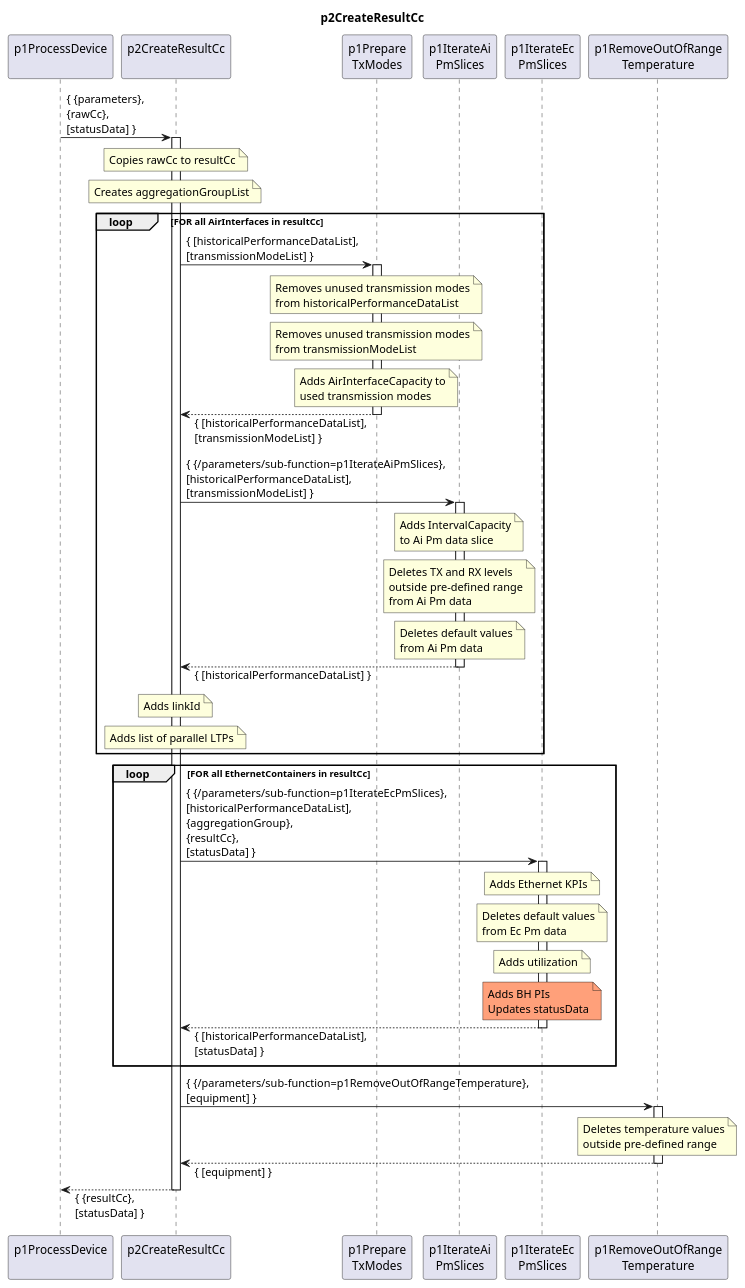
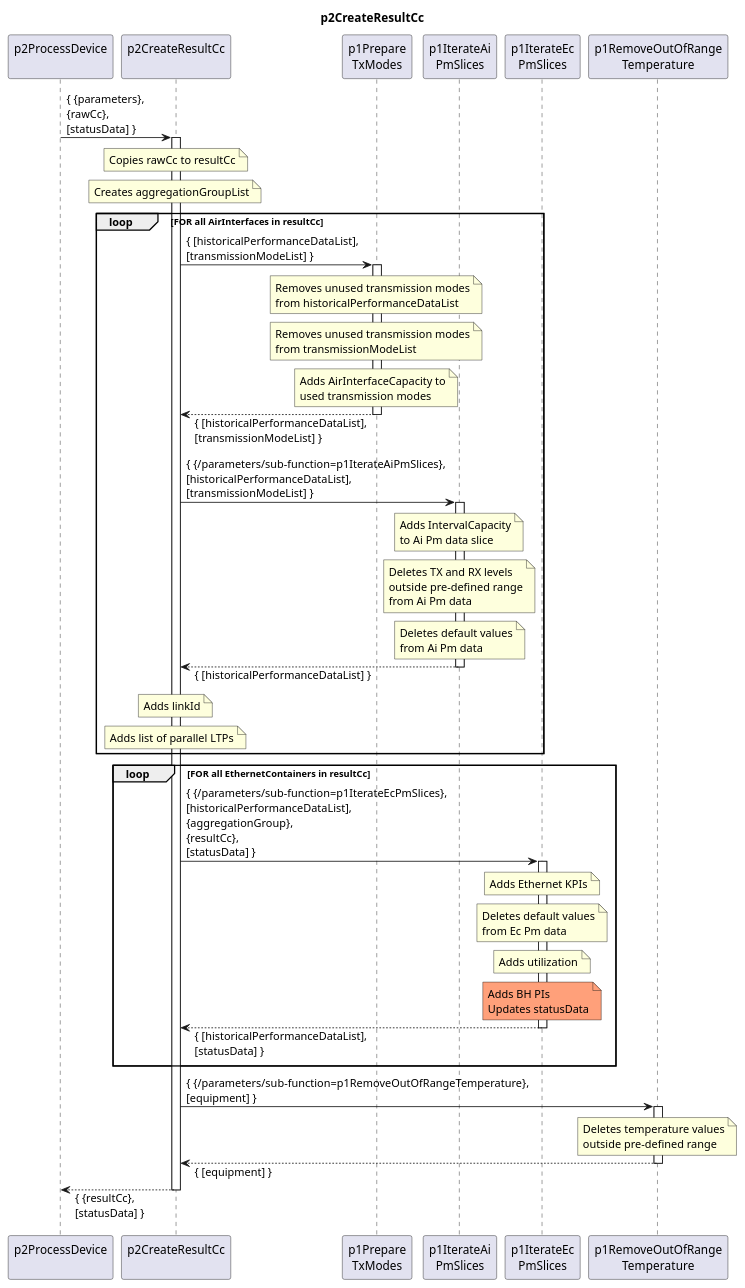
Before and after one commit to openBackhaul/DevicePerformanceManagementDataProcessor: the diagram in spec/Functions/p1StreamPmData/p2ProcessDevice/p2CreateResultCc/1.0.0/p2CreateResultCc.plantuml, drawn with PlantUML. The commit also changed 6 other files, not shown here.

```diff
--- a/spec/Functions/p1StreamPmData/p2ProcessDevice/p2CreateResultCc/1.0.0/p2CreateResultCc.plantuml
+++ b/spec/Functions/p1StreamPmData/p2ProcessDevice/p2CreateResultCc/1.0.0/p2CreateResultCc.plantuml
@@ -1,124 +1,124 @@
 @startuml p2CreateResultCc
 skinparam responseMessageBelowArrow true
 
 title
   p2CreateResultCc
 end title
 
-participant "p1ProcessDevice\n" as requestor
+participant "p2ProcessDevice\n" as requestor
 participant "p2CreateResultCc\n" as cur
 participant "p1Prepare\nTxModes" as p1prepTxModes
 participant "p1IterateAi\nPmSlices" as p1IterateAi
 participant "p1IterateEc\nPmSlices" as p1IterateEc
 participant "p1RemoveOutOfRange\nTemperature" as p1RemoveTemp
 
 requestor -> cur : { {parameters},\n{rawCc},\n[statusData] }
 activate cur
 
   note over cur
     Copies rawCc to resultCc
   end note
 
   note over cur
     Creates aggregationGroupList
   end note
 
   loop FOR all AirInterfaces in resultCc
 
     cur -> p1prepTxModes : { [historicalPerformanceDataList],\n[transmissionModeList] }
     activate p1prepTxModes
 
       note over p1prepTxModes
         Removes unused transmission modes
         from historicalPerformanceDataList
       end note
 
       note over p1prepTxModes
         Removes unused transmission modes
         from transmissionModeList
       end note
 
       note over p1prepTxModes
         Adds AirInterfaceCapacity to
         used transmission modes
       end note
 
     cur <-- p1prepTxModes : { [historicalPerformanceDataList],\n[transmissionModeList] }
     deactivate p1prepTxModes
 
     cur -> p1IterateAi : { {/parameters/sub-function=p1IterateAiPmSlices},\n[historicalPerformanceDataList],\n[transmissionModeList] }
     activate p1IterateAi
 
       note over p1IterateAi
         Adds IntervalCapacity
         to Ai Pm data slice
       end note
 
       note over p1IterateAi
         Deletes TX and RX levels
         outside pre-defined range
         from Ai Pm data
       end note
 
       note over p1IterateAi
         Deletes default values
         from Ai Pm data
       end note
 
 
     cur <-- p1IterateAi : { [historicalPerformanceDataList] }
     deactivate p1IterateAi
 
     note over cur
       Adds linkId
     end note
 
     note over cur
       Adds list of parallel LTPs
     end note
 
   end
 
   loop FOR all EthernetContainers in resultCc
 
     cur -> p1IterateEc : { {/parameters/sub-function=p1IterateEcPmSlices},\n[historicalPerformanceDataList],\n{aggregationGroup},\n{resultCc},\n[statusData] }
     activate p1IterateEc
 
       note over p1IterateEc
         Adds Ethernet KPIs
       end note
 
       note over p1IterateEc
         Deletes default values
         from Ec Pm data
       end note
 
       note over p1IterateEc
         Adds utilization
       end note
 
       note over p1IterateEc #LightSalmon
         Adds BH PIs
         Updates statusData
       end note
 
     cur <-- p1IterateEc : { [historicalPerformanceDataList],\n[statusData] }
     deactivate p1IterateEc
 
   end loop
 
   cur -> p1RemoveTemp : { {/parameters/sub-function=p1RemoveOutOfRangeTemperature},\n[equipment] }
   activate p1RemoveTemp
 
     note over p1RemoveTemp
       Deletes temperature values
       outside pre-defined range
     end note
 
   cur <-- p1RemoveTemp : { [equipment] }
   deactivate p1RemoveTemp
 
 requestor <-- cur : { {resultCc},\n[statusData] }
 deactivate cur
 
 @enduml
```
